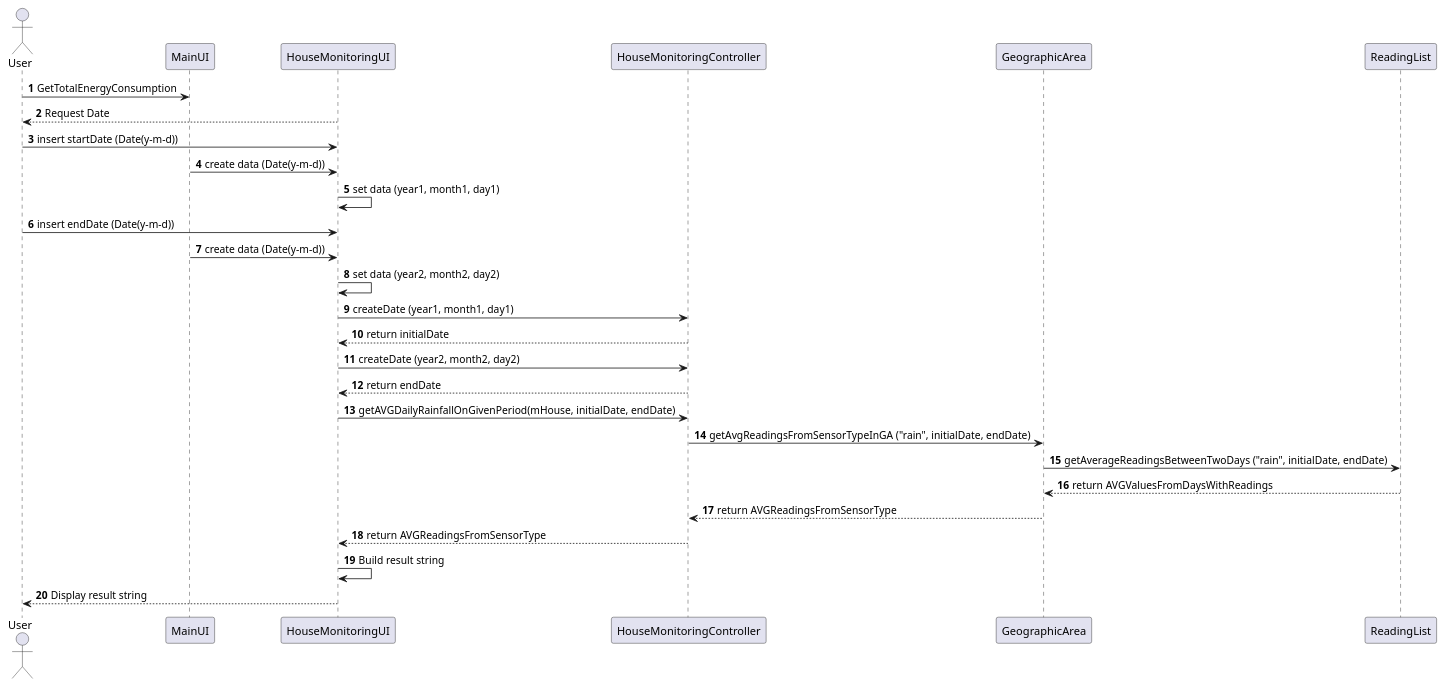
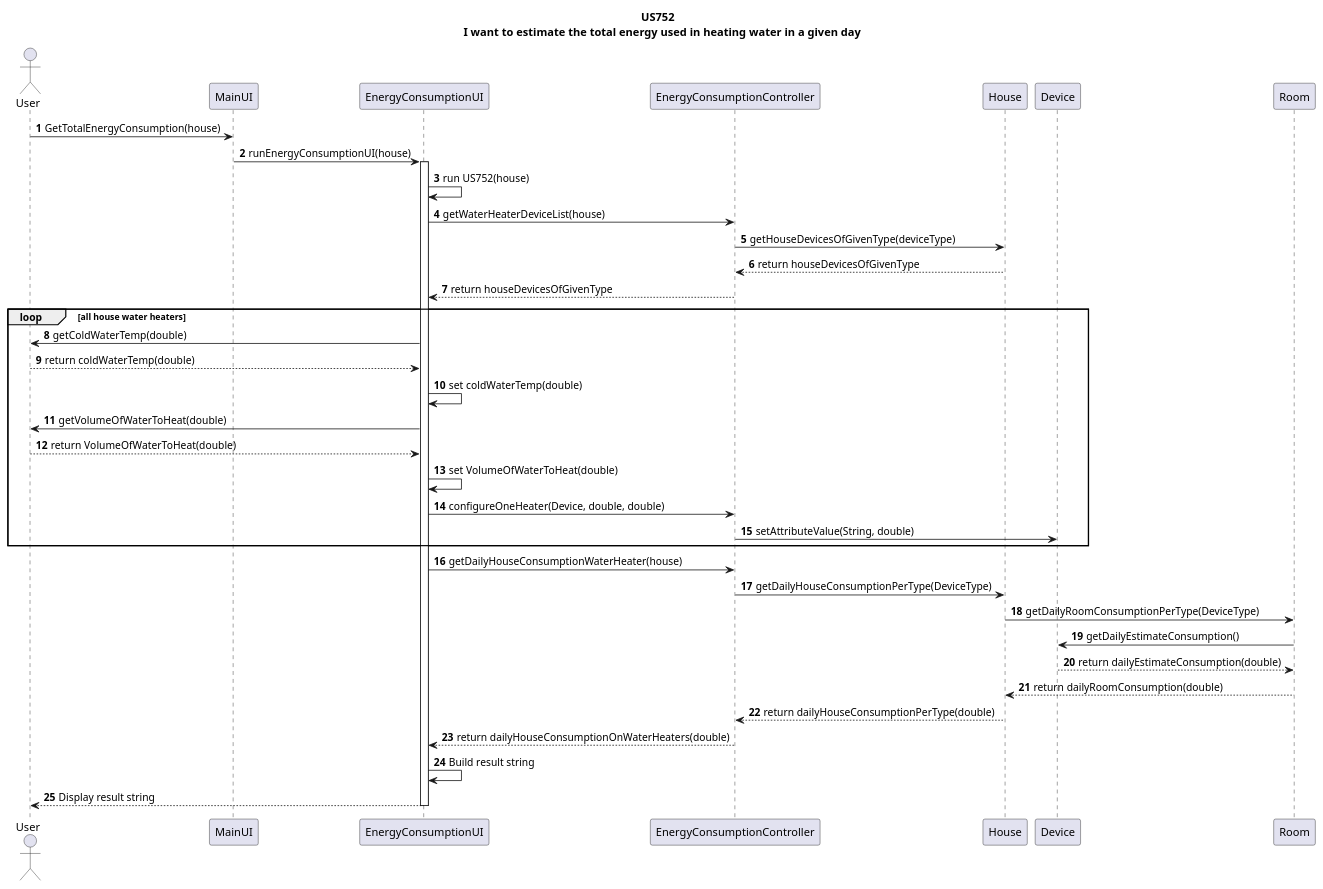
One commit to Almadanmp/project changed the diagram in uml/US752.puml. Above: the diagram before and after it, drawn with PlantUML. The commit also changed 7 other files, not shown here.

Commit message:
REF #66 adds US752 UML Adds tests and corrects typos

```diff
--- a/uml/US752.puml
+++ b/uml/US752.puml
@@ -1,24 +1,43 @@
 @startuml
+
+title US752 \n  I want to estimate the total energy used in heating water in a given day
+
 autonumber
+
+
 actor User
-User -> MainUI: GetTotalEnergyConsumption
-HouseMonitoringUI --> User: Request Date
-User -> HouseMonitoringUI: insert startDate (Date(y-m-d))
-MainUI -> HouseMonitoringUI: create data (Date(y-m-d))
-HouseMonitoringUI -> HouseMonitoringUI: set data (year1, month1, day1)
-User -> HouseMonitoringUI: insert endDate (Date(y-m-d))
-MainUI -> HouseMonitoringUI: create data (Date(y-m-d))
-HouseMonitoringUI -> HouseMonitoringUI: set data (year2, month2, day2)
-HouseMonitoringUI -> HouseMonitoringController: createDate (year1, month1, day1)
-HouseMonitoringController --> HouseMonitoringUI: return initialDate
-HouseMonitoringUI -> HouseMonitoringController: createDate (year2, month2, day2)
-HouseMonitoringController --> HouseMonitoringUI: return endDate
-HouseMonitoringUI -> HouseMonitoringController: getAVGDailyRainfallOnGivenPeriod(mHouse, initialDate, endDate)
-HouseMonitoringController -> GeographicArea: getAvgReadingsFromSensorTypeInGA ("rain", initialDate, endDate)
-GeographicArea -> ReadingList: getAverageReadingsBetweenTwoDays ("rain", initialDate, endDate)
-ReadingList --> GeographicArea: return AVGValuesFromDaysWithReadings
-GeographicArea --> HouseMonitoringController: return AVGReadingsFromSensorType
-HouseMonitoringController -->  HouseMonitoringUI: return AVGReadingsFromSensorType
-HouseMonitoringUI -> HouseMonitoringUI: Build result string
-HouseMonitoringUI -->User: Display result string
+
+User -> MainUI: GetTotalEnergyConsumption(house)
+MainUI -> EnergyConsumptionUI: runEnergyConsumptionUI(house)
+
+activate EnergyConsumptionUI
+EnergyConsumptionUI -> EnergyConsumptionUI: run US752(house)
+
+
+EnergyConsumptionUI -> EnergyConsumptionController: getWaterHeaterDeviceList(house)
+EnergyConsumptionController -> House: getHouseDevicesOfGivenType(deviceType)
+House --> EnergyConsumptionController: return houseDevicesOfGivenType
+EnergyConsumptionController --> EnergyConsumptionUI: return houseDevicesOfGivenType
+
+loop all house water heaters
+    EnergyConsumptionUI -> User: getColdWaterTemp(double)
+    User --> EnergyConsumptionUI: return coldWaterTemp(double)
+    EnergyConsumptionUI -> EnergyConsumptionUI: set coldWaterTemp(double)
+    EnergyConsumptionUI -> User: getVolumeOfWaterToHeat(double)
+    User --> EnergyConsumptionUI: return VolumeOfWaterToHeat(double)
+    EnergyConsumptionUI -> EnergyConsumptionUI: set VolumeOfWaterToHeat(double)
+    EnergyConsumptionUI -> EnergyConsumptionController: configureOneHeater(Device, double, double)
+    EnergyConsumptionController -> Device: setAttributeValue(String, double)
+end
+EnergyConsumptionUI -> EnergyConsumptionController: getDailyHouseConsumptionWaterHeater(house)
+EnergyConsumptionController -> House: getDailyHouseConsumptionPerType(DeviceType)
+House -> Room: getDailyRoomConsumptionPerType(DeviceType)
+Room -> Device: getDailyEstimateConsumption()
+Device --> Room: return dailyEstimateConsumption(double)
+Room --> House: return dailyRoomConsumption(double)
+House --> EnergyConsumptionController: return dailyHouseConsumptionPerType(double)
+EnergyConsumptionController --> EnergyConsumptionUI: return dailyHouseConsumptionOnWaterHeaters(double)
+EnergyConsumptionUI -> EnergyConsumptionUI: Build result string
+EnergyConsumptionUI --> User: Display result string
+deactivate EnergyConsumptionUI
 @enduml
```
